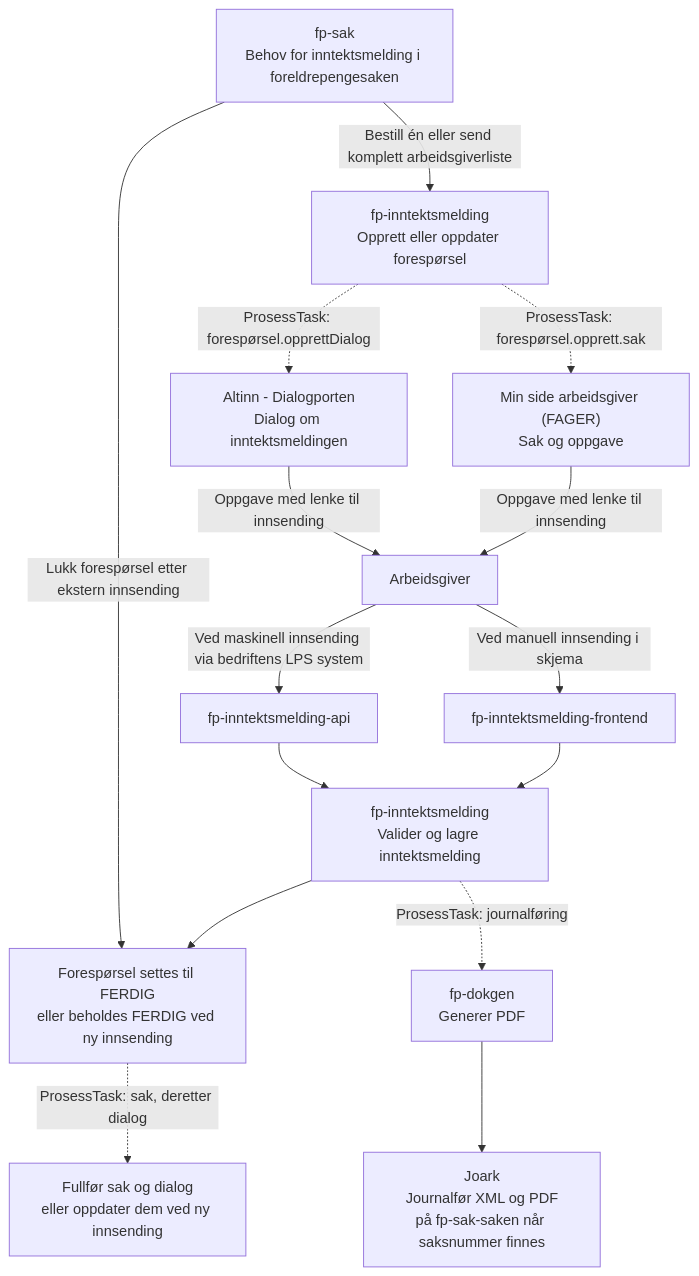
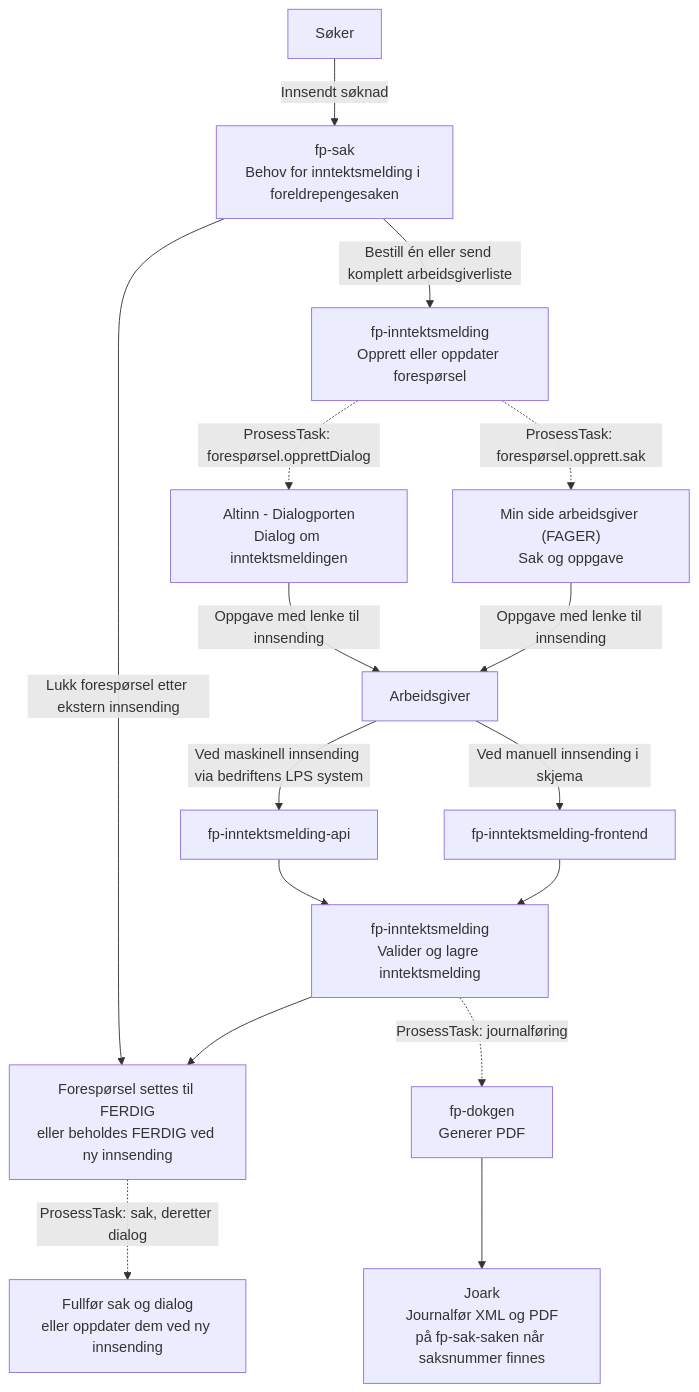
Before and after one commit to navikt/fp-inntektsmelding: the second of 4 diagrams in README.md, drawn with Mermaid. The commit also changed other lines of this file, not shown here.

````diff
--- a/README.md
+++ b/README.md
@@ -62,30 +138,32 @@
 ```mermaid
 flowchart TD
     FPSAK["fp-sak<br/>Behov for inntektsmelding i foreldrepengesaken"]
     FORESPORSEL["fp-inntektsmelding<br/>Opprett eller oppdater forespørsel"]
     PORTAL["Min side arbeidsgiver (FAGER)<br/>Sak og oppgave"]
     DIALOG["Altinn - Dialogporten<br/>Dialog om inntektsmeldingen"]
     ARBEIDSGIVER["Arbeidsgiver"]
     FRONTEND["fp-inntektsmelding-frontend"]
     API["fp-inntektsmelding-api"]
     MOTTAK["fp-inntektsmelding<br/>Valider og lagre inntektsmelding"]
     FERDIG["Forespørsel settes til FERDIG<br/>eller beholdes FERDIG ved ny innsending"]
     PDF["fp-dokgen<br/>Generer PDF"]
     JOARK["Joark<br/>Journalfør XML og PDF<br/>på fp-sak-saken når saksnummer finnes"]
     LUKK["Fullfør sak og dialog<br/>eller oppdater dem ved ny innsending"]
+    SØKER["Søker"]
 
+    SØKER -->|"Innsendt søknad"|FPSAK
     FPSAK -->|"Bestill én eller send komplett arbeidsgiverliste"| FORESPORSEL
     FORESPORSEL -.->|"ProsessTask: forespørsel.opprett.sak"| PORTAL
     FORESPORSEL -.->|"ProsessTask: forespørsel.opprettDialog"| DIALOG
     PORTAL -->|"Oppgave med lenke til innsending"| ARBEIDSGIVER
     DIALOG -->|"Oppgave med lenke til innsending"| ARBEIDSGIVER
     ARBEIDSGIVER -->|"Ved manuell innsending i skjema"|FRONTEND
     ARBEIDSGIVER -->|"Ved maskinell innsending via bedriftens LPS system"|API
     FRONTEND --> MOTTAK
     API --> MOTTAK
     MOTTAK --> FERDIG
     MOTTAK -.->|"ProsessTask: journalføring"| PDF
     PDF --> JOARK
     FERDIG -.->|"ProsessTask: sak, deretter dialog"| LUKK
     FPSAK -->|"Lukk forespørsel etter ekstern innsending"| FERDIG
 ```
````
